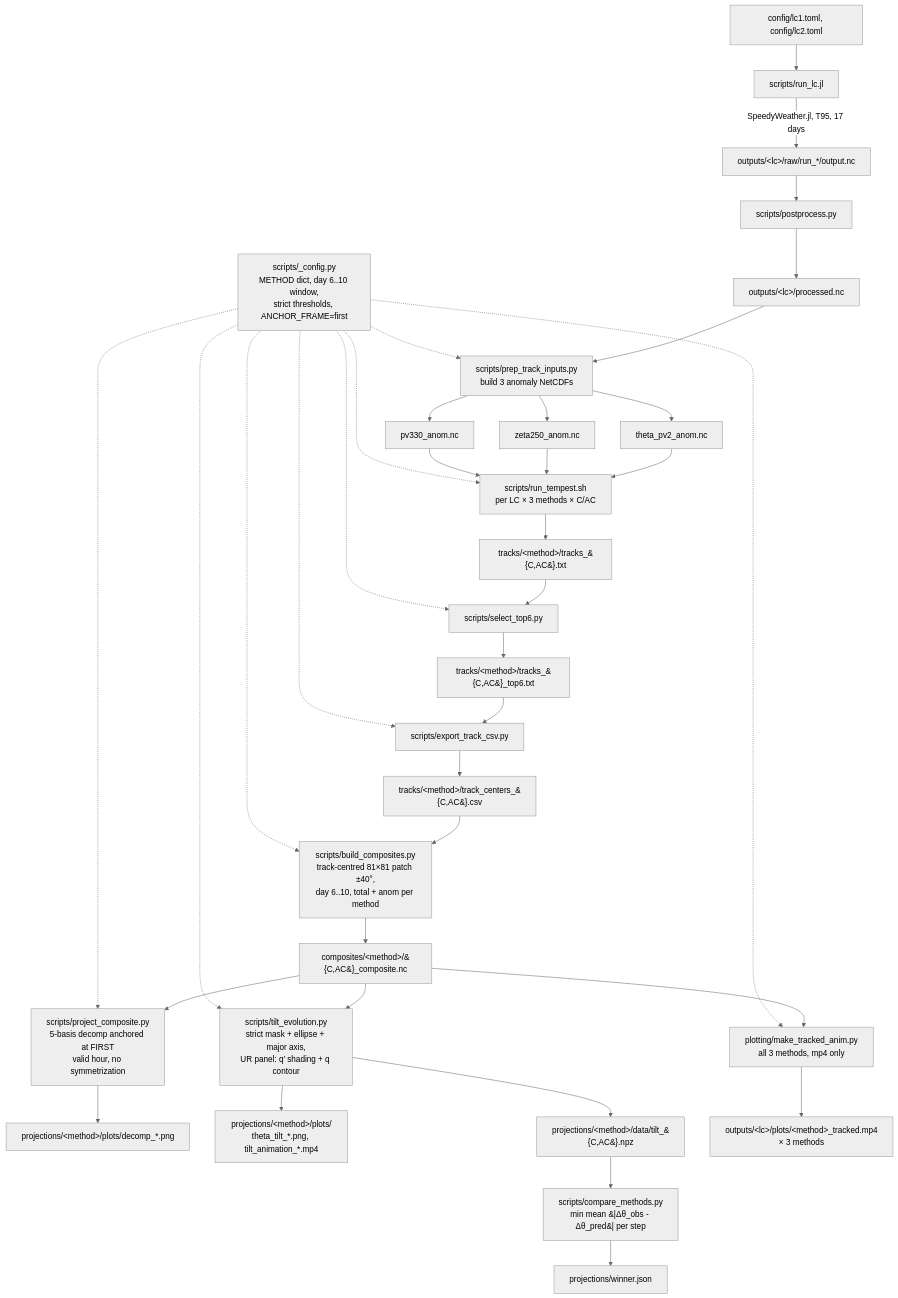
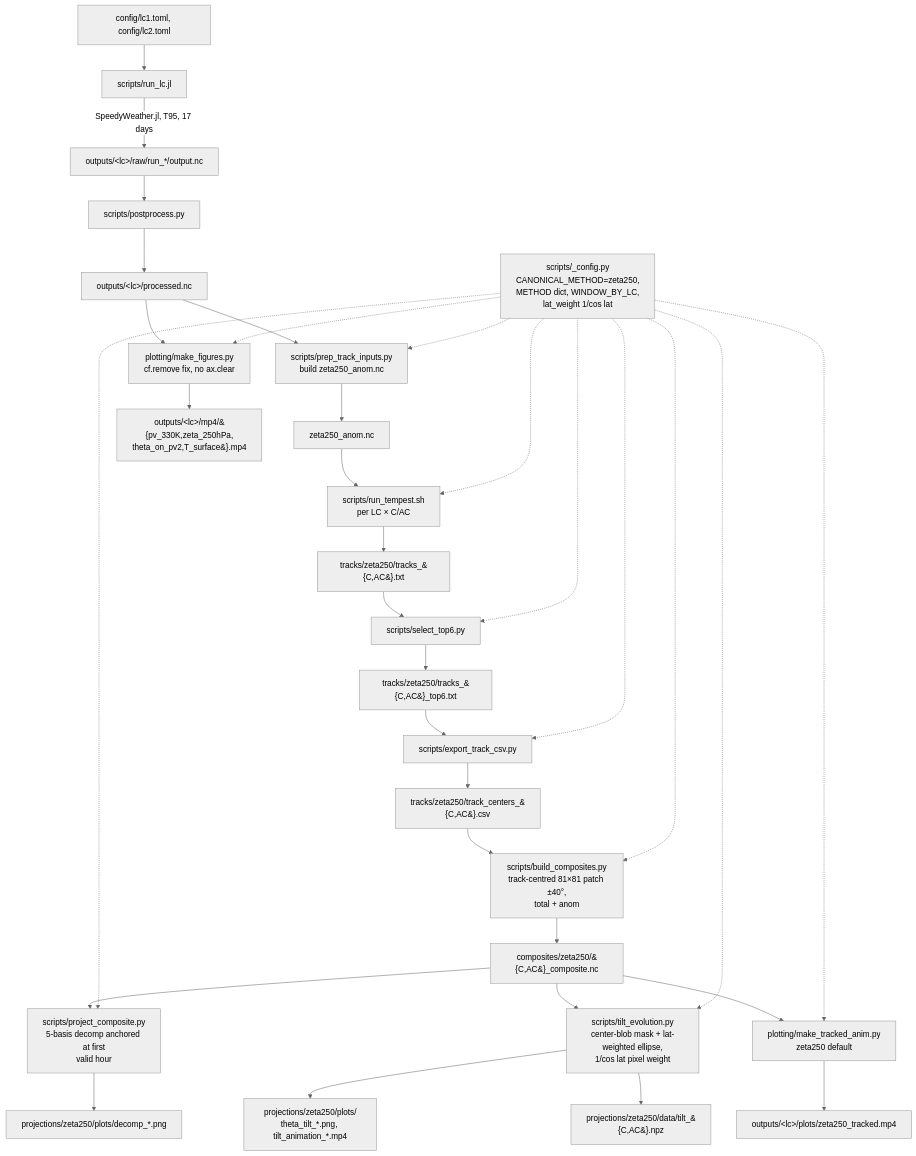
The diagram in README.md (yanxingjianken/thorncroft93RWB), drawn with Mermaid (neutral theme) before and after one commit. The commit also changed other lines of this file and 96 other files, not shown here.

First line of the commit message:
feat: v2.4.0 — zeta250 canonical, lat-weighted ellipse, archive pv330/theta_pv2, fix make_figures blank frames

````diff
--- a/README.md
+++ b/README.md
@@ -195,32 +182,30 @@
 ```mermaid
 graph TD
     A[config/lc1.toml, config/lc2.toml] --> B[scripts/run_lc.jl]
     B -->|SpeedyWeather.jl, T95, 17 days| C[outputs/&lt;lc&gt;/raw/run_*/output.nc]
     C --> D[scripts/postprocess.py]
     D --> E[outputs/&lt;lc&gt;/processed.nc]
 
-    CFG[scripts/_config.py<br/>METHOD dict, day 6..10 window,<br/>strict thresholds, ANCHOR_FRAME=first] -.-> H
-    CFG -.-> J & L & EXP & N & P & R & W
+    CFG[scripts/_config.py<br/>CANONICAL_METHOD=zeta250,<br/>METHOD dict, WINDOW_BY_LC,<br/>lat_weight 1/cos lat] -.-> H
+    CFG -.-> J & L & EXP & N & P & R & W & FIG
 
-    E --> H[scripts/prep_track_inputs.py<br/>build 3 anomaly NetCDFs]
-    H --> I1[pv330_anom.nc]
+    E --> H[scripts/prep_track_inputs.py<br/>build zeta250_anom.nc]
     H --> I2[zeta250_anom.nc]
-    H --> I3[theta_pv2_anom.nc]
-    I1 & I2 & I3 --> J[scripts/run_tempest.sh<br/>per LC &times; 3 methods &times; C/AC]
-    J --> K[tracks/&lt;method&gt;/tracks_&#123;C,AC&#125;.txt]
+    I2 --> J[scripts/run_tempest.sh<br/>per LC &times; C/AC]
+    J --> K[tracks/zeta250/tracks_&#123;C,AC&#125;.txt]
     K --> L[scripts/select_top6.py]
-    L --> M[tracks/&lt;method&gt;/tracks_&#123;C,AC&#125;_top6.txt]
+    L --> M[tracks/zeta250/tracks_&#123;C,AC&#125;_top6.txt]
     M --> EXP[scripts/export_track_csv.py]
-    EXP --> CSV[tracks/&lt;method&gt;/track_centers_&#123;C,AC&#125;.csv]
-    CSV --> N[scripts/build_composites.py<br/>track-centred 81&times;81 patch &plusmn;40&deg;,<br/>day 6..10, total + anom per method]
-    N --> O[composites/&lt;method&gt;/&#123;C,AC&#125;_composite.nc]
-    O --> P[scripts/project_composite.py<br/>5-basis decomp anchored at FIRST<br/>valid hour, no symmetrization]
-    P --> Q[projections/&lt;method&gt;/plots/decomp_*.png]
-    O --> R[scripts/tilt_evolution.py<br/>strict mask + ellipse + major axis,<br/>UR panel: q&prime; shading + q contour]
-    R --> S[projections/&lt;method&gt;/plots/<br/>theta_tilt_*.png, tilt_animation_*.mp4]
-    R --> SD[projections/&lt;method&gt;/data/tilt_&#123;C,AC&#125;.npz]
-    SD --> CMP[scripts/compare_methods.py<br/>min mean &#124;&Delta;&theta;_obs - &Delta;&theta;_pred&#124; per step]
-    CMP --> WIN[projections/winner.json]
-    O --> W[plotting/make_tracked_anim.py<br/>all 3 methods, mp4 only]
-    W --> WPMP[outputs/&lt;lc&gt;/plots/&lt;method&gt;_tracked.mp4<br/>&times; 3 methods]
+    EXP --> CSV[tracks/zeta250/track_centers_&#123;C,AC&#125;.csv]
+    CSV --> N[scripts/build_composites.py<br/>track-centred 81&times;81 patch &plusmn;40&deg;,<br/>total + anom]
+    N --> O[composites/zeta250/&#123;C,AC&#125;_composite.nc]
+    O --> P[scripts/project_composite.py<br/>5-basis decomp anchored at first<br/>valid hour]
+    P --> Q[projections/zeta250/plots/decomp_*.png]
+    O --> R[scripts/tilt_evolution.py<br/>center-blob mask + lat-weighted ellipse,<br/>1/cos lat pixel weight]
+    R --> S[projections/zeta250/plots/<br/>theta_tilt_*.png, tilt_animation_*.mp4]
+    R --> SD[projections/zeta250/data/tilt_&#123;C,AC&#125;.npz]
+    O --> W[plotting/make_tracked_anim.py<br/>zeta250 default]
+    W --> WPMP[outputs/&lt;lc&gt;/plots/zeta250_tracked.mp4]
+    E --> FIG[plotting/make_figures.py<br/>cf.remove fix, no ax.clear]
+    FIG --> MP4[outputs/&lt;lc&gt;/mp4/&#123;pv_330K,zeta_250hPa,<br/>theta_on_pv2,T_surface&#125;.mp4]
 ```
````
